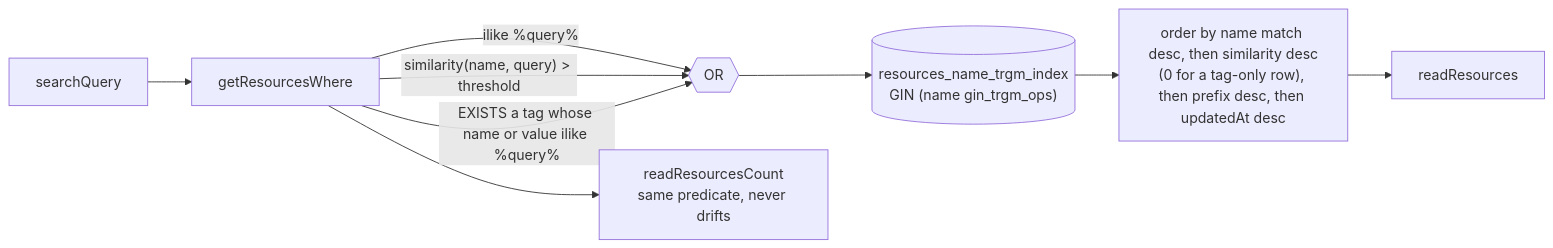
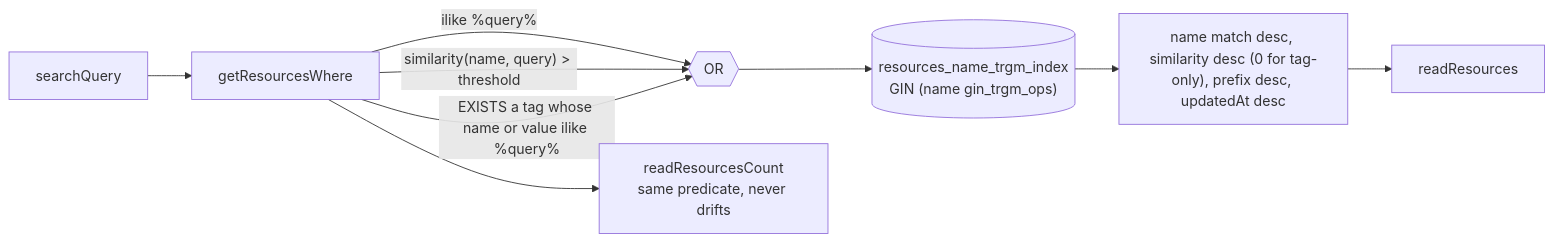
One commit to Esposter/Esposter changed the diagram in openspec/specs/resource/global-search-relevance/design.md. Above: the diagram before and after it, drawn with Mermaid. The commit also changed 1 other file, not shown here.

Commit message:
docs(openspec): the upstream probe's removed name is quoted, and the search ranking label fits its limit
defaultSecurityConfig belongs to the upstream install the probe ran against, which the tree no longer holds, so the name is quoted and its counterpart in the module is named. The global search ranking label keeps its four keys in order and drops the words that made it overrun the label limit.

````diff
--- a/openspec/specs/resource/global-search-relevance/design.md
+++ b/openspec/specs/resource/global-search-relevance/design.md
@@ -15,11 +15,11 @@
 ```mermaid
 flowchart LR
   Q["searchQuery"] --> W["getResourcesWhere"]
   W -->|"ilike %query%"| OR{{"OR"}}
   W -->|"similarity(name, query) > threshold"| OR
   W -->|"EXISTS a tag whose name or value ilike %query%"| OR
   OR --> IDX[("resources_name_trgm_index<br/>GIN (name gin_trgm_ops)")]
-  IDX --> RANK["order by name match desc, then similarity desc<br/>(0 for a tag-only row), then prefix desc, then updatedAt desc"]
+  IDX --> RANK["name match desc, similarity desc (0 for tag-only), prefix desc, updatedAt desc"]
   RANK --> LIST["readResources"]
   W --> CNT["readResourcesCount<br/>same predicate, never drifts"]
 ```
````
